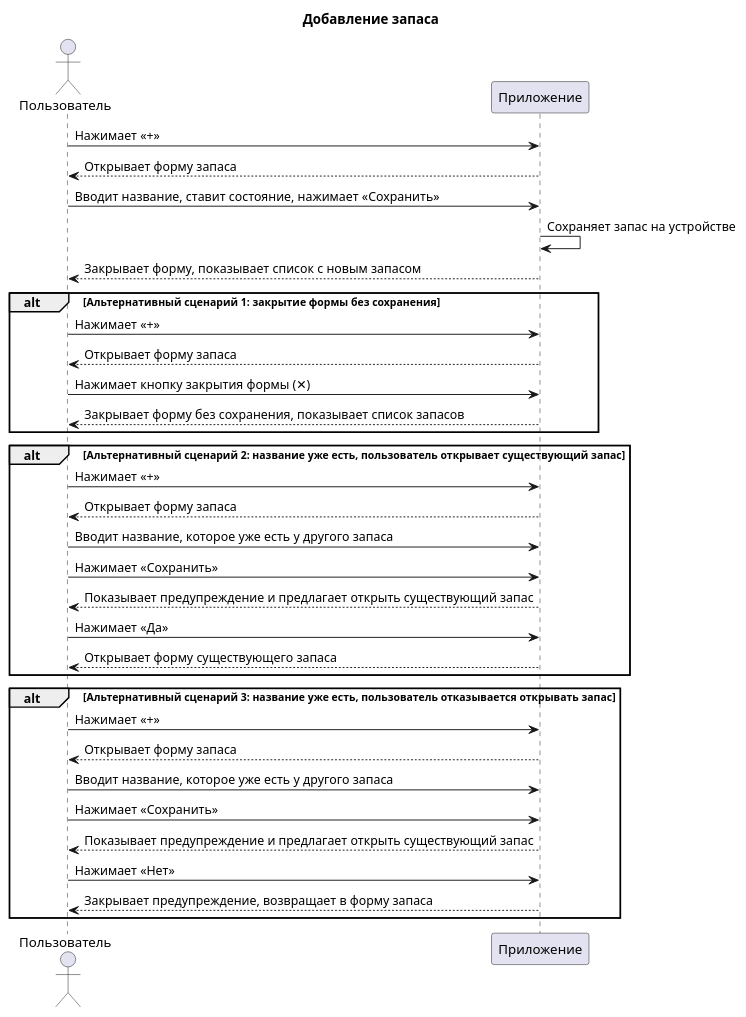
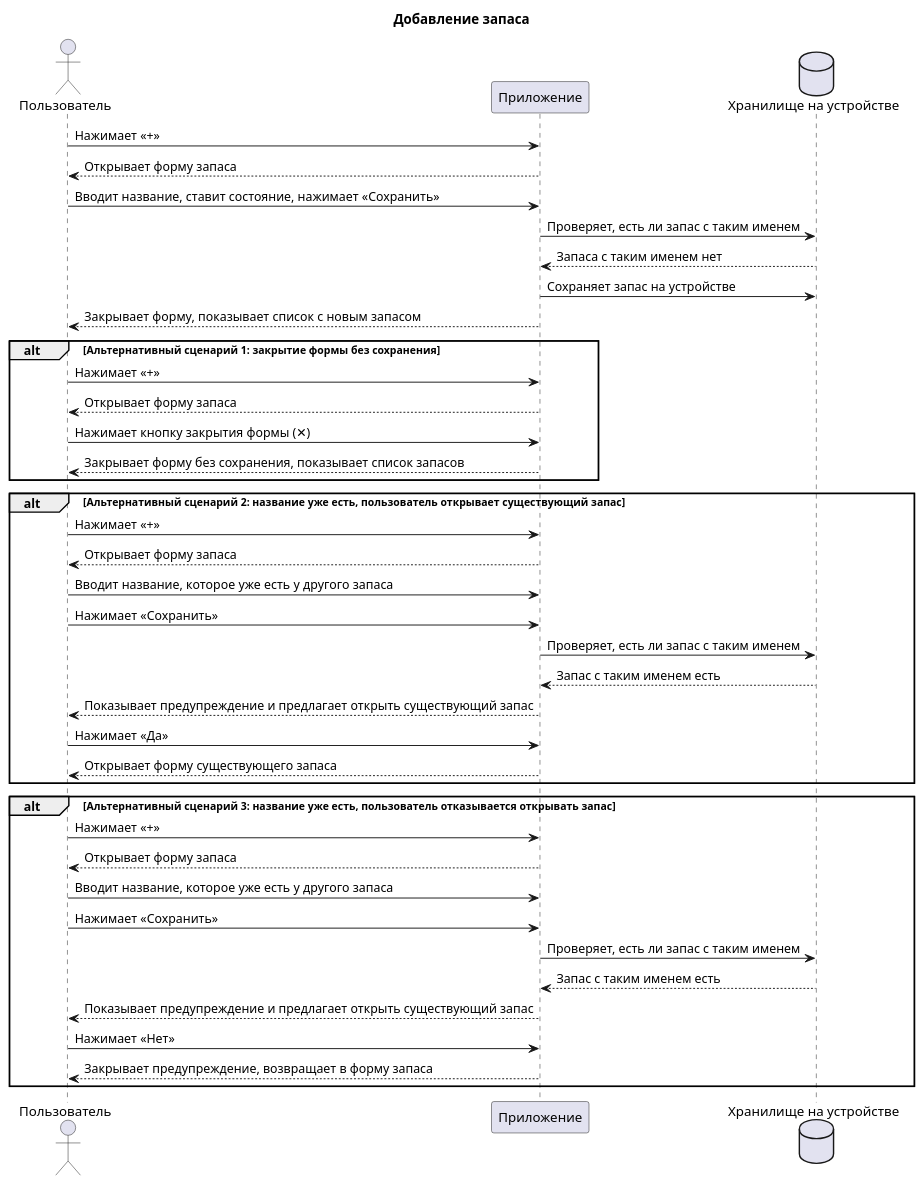
One commit to alenaChernyka/tech-writing-portfolio changed the diagram in polka-app-docs/plantuml/create-stock.puml. Above: the diagram before and after it, drawn with PlantUML. The commit also changed 1 other file, not shown here.

Commit message:
docs(polka): edit create-stock diagram

```diff
--- a/polka-app-docs/plantuml/create-stock.puml
+++ b/polka-app-docs/plantuml/create-stock.puml
@@ -1,39 +1,46 @@
 @startuml
 title Добавление запаса
 
 actor Пользователь as user
 participant Приложение as client
+database "Хранилище на устройстве" as storage
 
 user -> client: Нажимает «+»
 user <-- client: Открывает форму запаса
 user -> client: Вводит название, ставит состояние, нажимает «Сохранить»
-client -> client: Сохраняет запас на устройстве
+client -> storage: Проверяет, есть ли запас с таким именем
+client <-- storage: Запаса с таким именем нет
+client -> storage: Сохраняет запас на устройстве
 user <-- client: Закрывает форму, показывает список с новым запасом
 
 alt Альтернативный сценарий 1: закрытие формы без сохранения
 user -> client: Нажимает «+»
 user <-- client: Открывает форму запаса
 user -> client: Нажимает кнопку закрытия формы (✕)
 user <-- client: Закрывает форму без сохранения, показывает список запасов
 end alt
 
 alt Альтернативный сценарий 2: название уже есть, пользователь открывает существующий запас
 user -> client: Нажимает «+»
 user <-- client: Открывает форму запаса
 user -> client: Вводит название, которое уже есть у другого запаса
 user -> client: Нажимает «Сохранить»
+client -> storage: Проверяет, есть ли запас с таким именем
+client <-- storage: Запас с таким именем есть
 user <-- client: Показывает предупреждение и предлагает открыть существующий запас
 user -> client: Нажимает «Да»
 user <-- client: Открывает форму существующего запаса
 end alt
 
 alt Альтернативный сценарий 3: название уже есть, пользователь отказывается открывать запас
 user -> client: Нажимает «+»
 user <-- client: Открывает форму запаса
 user -> client: Вводит название, которое уже есть у другого запаса
 user -> client: Нажимает «Сохранить»
+client -> storage: Проверяет, есть ли запас с таким именем
+client <-- storage: Запас с таким именем есть
 user <-- client: Показывает предупреждение и предлагает открыть существующий запас
 user -> client: Нажимает «Нет»
 user <-- client: Закрывает предупреждение, возвращает в форму запаса
 end alt
 @enduml
```
